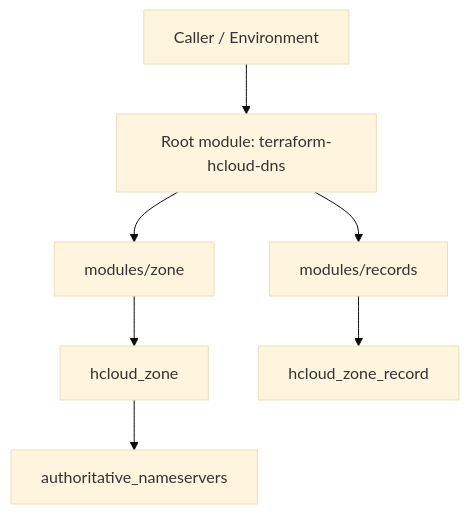
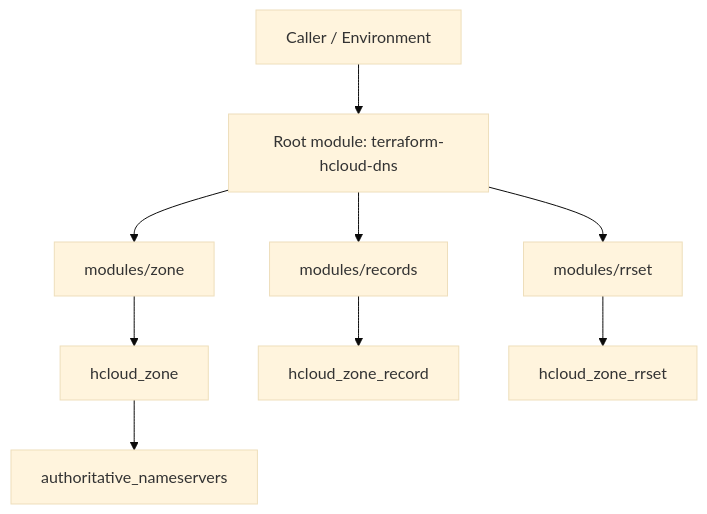
One commit to terraform-hc-modules/terraform-hcloud-dns changed the diagram in docs/architecture.md. Above: the diagram before and after it, drawn with Mermaid (base theme). The commit also changed other lines of this file and 32 other files, not shown here.

````diff
--- a/docs/architecture.md
+++ b/docs/architecture.md
@@ -10,12 +10,14 @@
 ```mermaid
 flowchart TB
   caller[Caller / Environment] --> root[Root module: terraform-hcloud-dns]
 
   root --> zone_mod[modules/zone]
   root --> rec_mod[modules/records]
+  root --> rrset_mod[modules/rrset]
 
   zone_mod --> zone[hcloud_zone]
   rec_mod --> rec[hcloud_zone_record]
+  rrset_mod --> rrset[hcloud_zone_rrset]
 
   zone --> ns[authoritative_nameservers]
 ```
````
